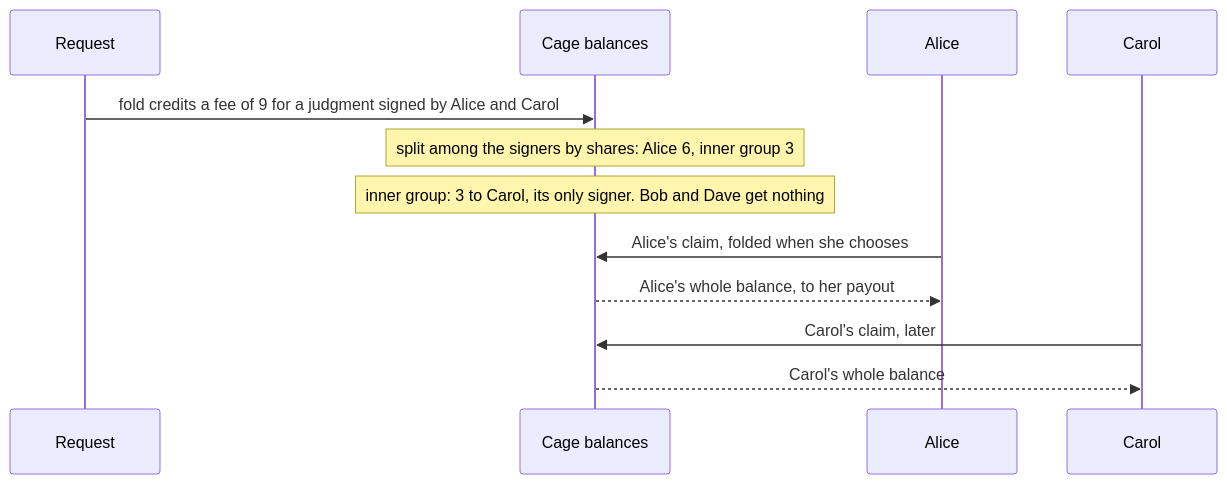
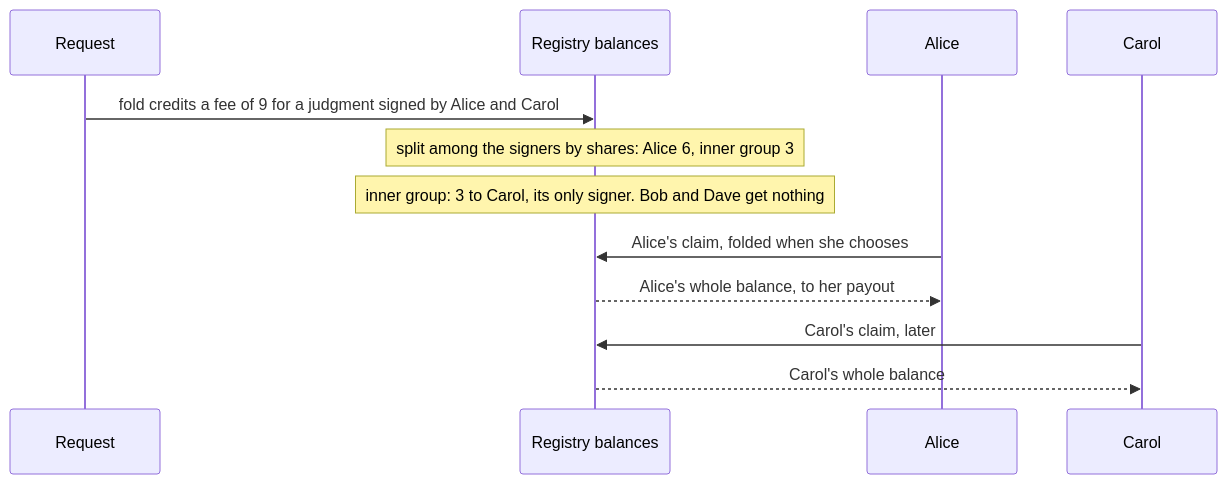
One commit to cardano-foundation/cardano-mpfs-onchain changed the second of 2 diagrams in docs/design/registries/oracles.md. Above: the diagram before and after it, drawn with Mermaid. The commit also changed 8 other files, not shown here.

Commit message:
docs: call the on-chain output the registry state, not the cage

````diff
--- a/docs/design/registries/oracles.md
+++ b/docs/design/registries/oracles.md
@@ -50,14 +50,14 @@
 ```mermaid
 sequenceDiagram
   participant Q as Request
-  participant C as Cage balances
+  participant C as Registry balances
   participant A as Alice
   participant K as Carol
   Q->>C: fold credits a fee of 9 for a judgment signed by Alice and Carol
   Note over C: split among the signers by shares: Alice 6, inner group 3
   Note over C: inner group: 3 to Carol, its only signer. Bob and Dave get nothing
   A->>C: Alice's claim, folded when she chooses
   C-->>A: Alice's whole balance, to her payout
   K->>C: Carol's claim, later
   C-->>K: Carol's whole balance
 ```
````
